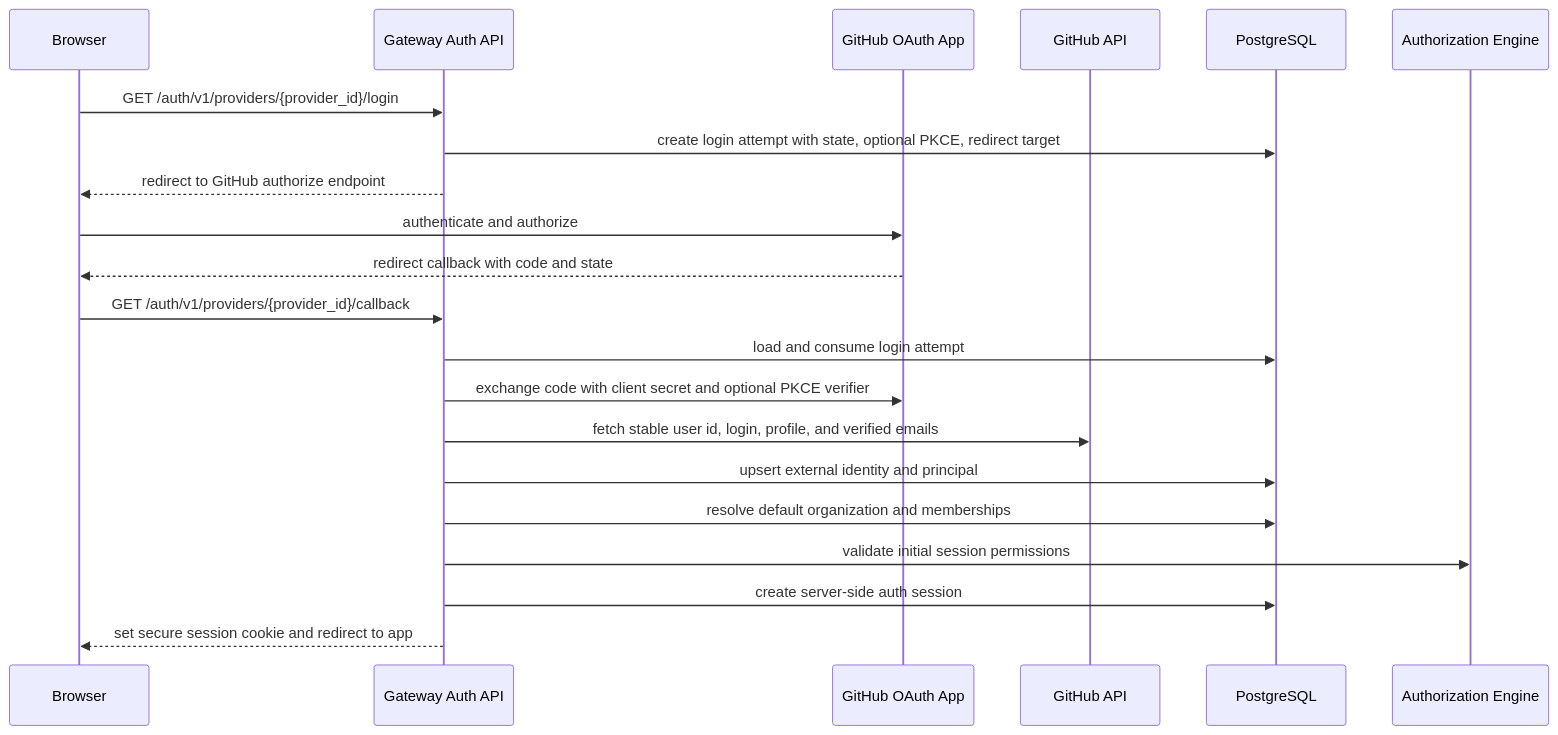
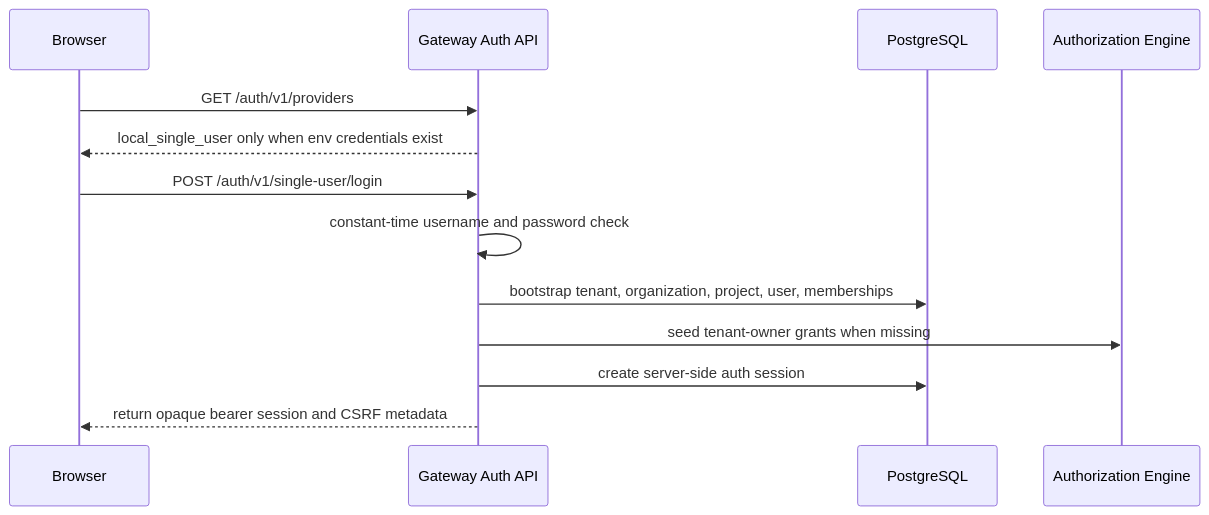
One commit to Wh1isper/starweaver-platform changed the first of 2 diagrams in spec/gateway/11-login-user-management.md. Above: the diagram before and after it, drawn with Mermaid. The commit also changed other lines of this file and 111 other files, not shown here.

````diff
--- a/spec/gateway/11-login-user-management.md
+++ b/spec/gateway/11-login-user-management.md
@@ -85,24 +100,16 @@
 ```mermaid
 sequenceDiagram
     participant Browser
     participant Gateway as Gateway Auth API
-    participant GitHub as GitHub OAuth App
-    participant API as GitHub API
     participant DB as PostgreSQL
     participant Authz as Authorization Engine
 
-    Browser->>Gateway: GET /auth/v1/providers/{provider_id}/login
-    Gateway->>DB: create login attempt with state, optional PKCE, redirect target
-    Gateway-->>Browser: redirect to GitHub authorize endpoint
-    Browser->>GitHub: authenticate and authorize
-    GitHub-->>Browser: redirect callback with code and state
-    Browser->>Gateway: GET /auth/v1/providers/{provider_id}/callback
-    Gateway->>DB: load and consume login attempt
-    Gateway->>GitHub: exchange code with client secret and optional PKCE verifier
-    Gateway->>API: fetch stable user id, login, profile, and verified emails
-    Gateway->>DB: upsert external identity and principal
-    Gateway->>DB: resolve default organization and memberships
-    Gateway->>Authz: validate initial session permissions
+    Browser->>Gateway: GET /auth/v1/providers
+    Gateway-->>Browser: local_single_user only when env credentials exist
+    Browser->>Gateway: POST /auth/v1/single-user/login
+    Gateway->>Gateway: constant-time username and password check
+    Gateway->>DB: bootstrap tenant, organization, project, user, memberships
+    Gateway->>Authz: seed tenant-owner grants when missing
     Gateway->>DB: create server-side auth session
-    Gateway-->>Browser: set secure session cookie and redirect to app
+    Gateway-->>Browser: return opaque bearer session and CSRF metadata
 ```
````
